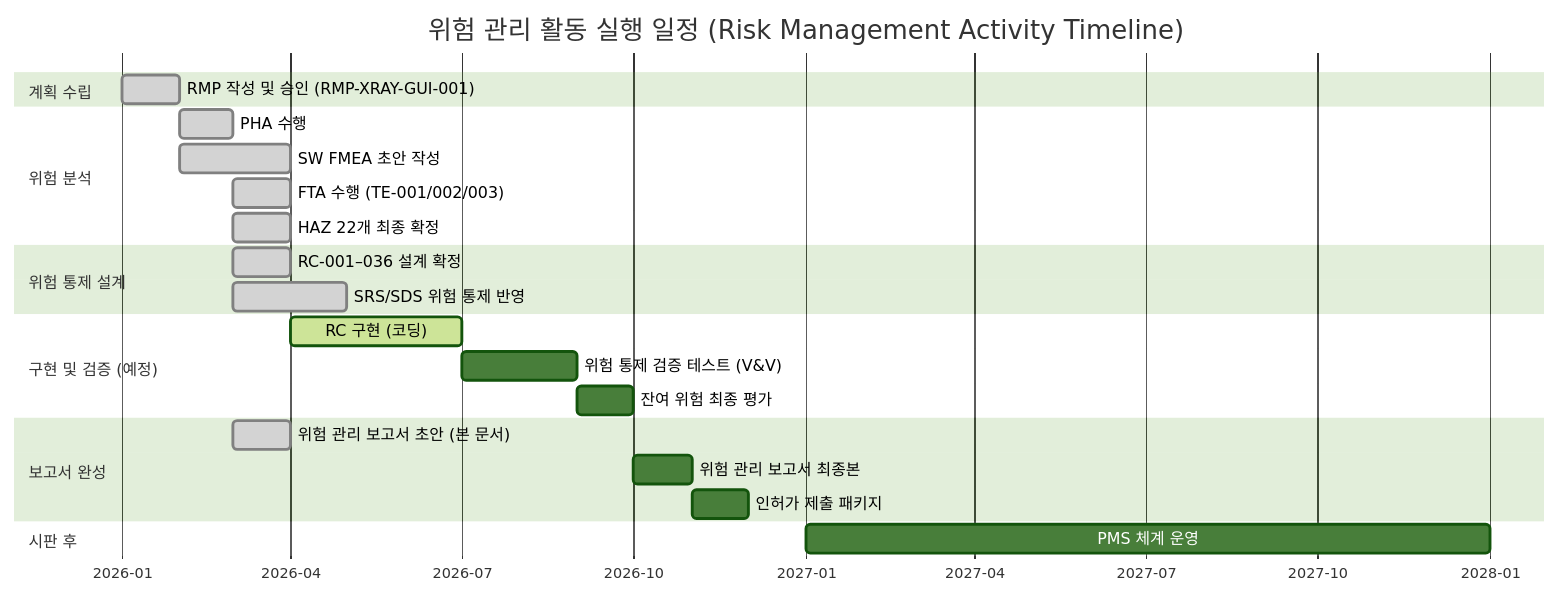
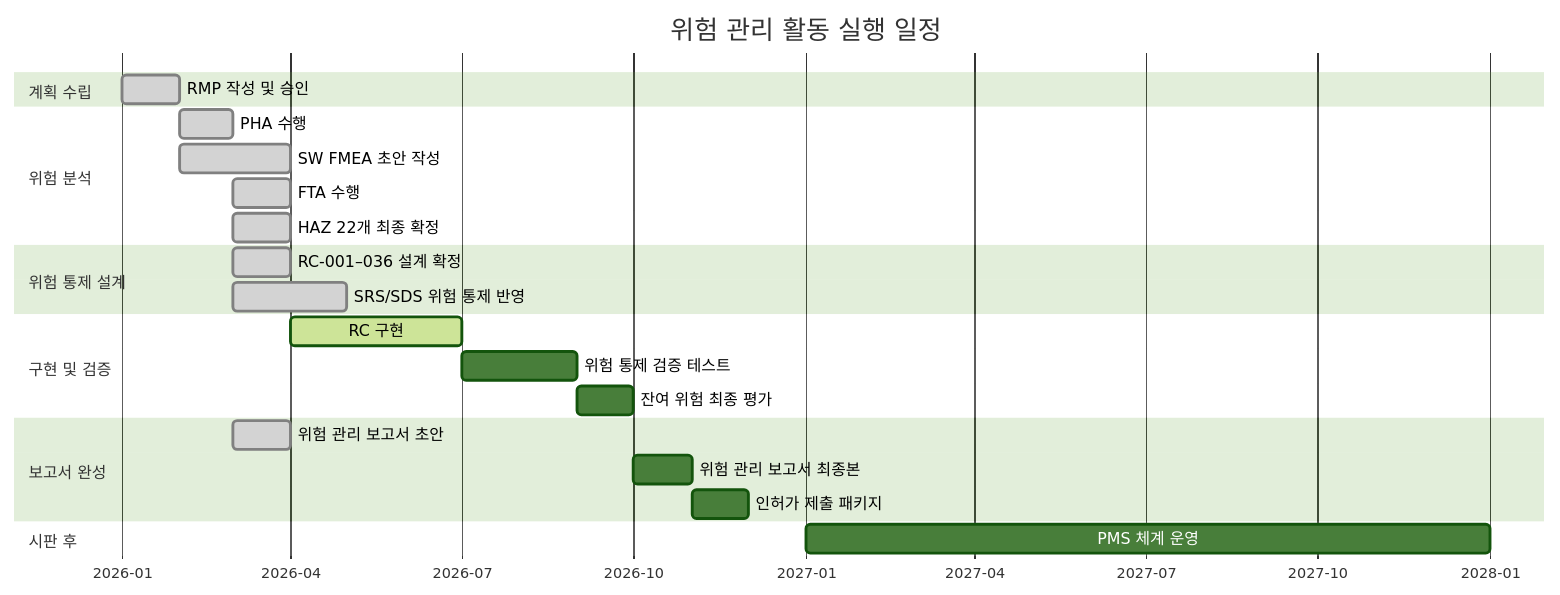
Before and after one commit to holee9/console-gui: the second of 9 diagrams in docs/risk/DOC-010_RMR_v1.0.md, drawn with Mermaid (forest theme). The commit also changed 10 other files, not shown here.

First line of the commit message:
fix: Gantt 차트 전면 수정 + 버전 불일치 해소

````diff
--- a/docs/risk/DOC-010_RMR_v1.0.md
+++ b/docs/risk/DOC-010_RMR_v1.0.md
@@ -186,32 +186,33 @@
 ```mermaid
 gantt
-    title 위험 관리 활동 실행 일정 (Risk Management Activity Timeline)
+    title 위험 관리 활동 실행 일정
     dateFormat  YYYY-MM
     axisFormat  %Y-%m
 
     section 계획 수립
-    RMP 작성 및 승인 (RMP-XRAY-GUI-001)  :done, rmp1, 2026-01, 1M
+    RMP 작성 및 승인  :done, rmp1, 2026-01, 1M
 
     section 위험 분석
     PHA 수행                              :done, pha1, 2026-02, 1M
     SW FMEA 초안 작성                     :done, fmea1, 2026-02, 2M
-    FTA 수행 (TE-001/002/003)             :done, fta1, 2026-03, 1M
+    FTA 수행             :done, fta1, 2026-03, 1M
     HAZ 22개 최종 확정                    :done, haz1, 2026-03, 1M
 
     section 위험 통제 설계
     RC-001–036 설계 확정                  :done, rc1, 2026-03, 1M
     SRS/SDS 위험 통제 반영                :done, sw1, 2026-03, 2M
 
-    section 구현 및 검증 (예정)
-    RC 구현 (코딩)                        :active, impl1, 2026-04, 3M
-    위험 통제 검증 테스트 (V&V)           :vv1, 2026-07, 2M
+    section 구현 및 검증
+    RC 구현                        :active, impl1, 2026-04, 3M
+    위험 통제 검증 테스트           :vv1, 2026-07, 2M
     잔여 위험 최종 평가                   :rr1, 2026-09, 1M
 
     section 보고서 완성
-    위험 관리 보고서 초안 (본 문서)       :done, rmr1, 2026-03, 1M
+    위험 관리 보고서 초안       :done, rmr1, 2026-03, 1M
     위험 관리 보고서 최종본               :rmr2, 2026-10, 1M
     인허가 제출 패키지                    :sub1, 2026-11, 1M
 
     section 시판 후
     PMS 체계 운영                         :pms1, 2027-01, 12M
+
 ```
````
